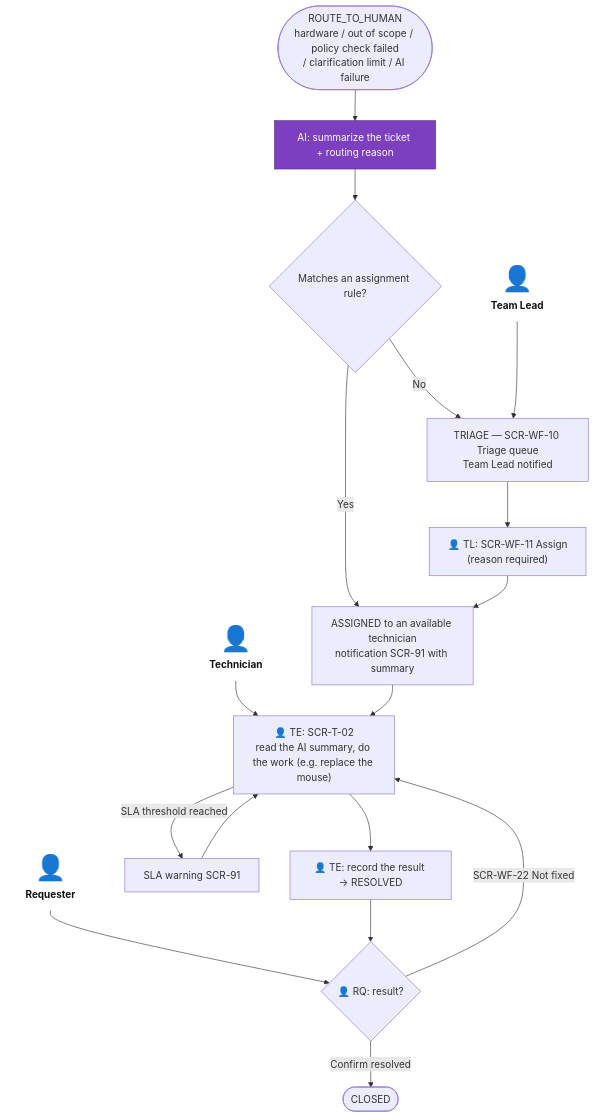
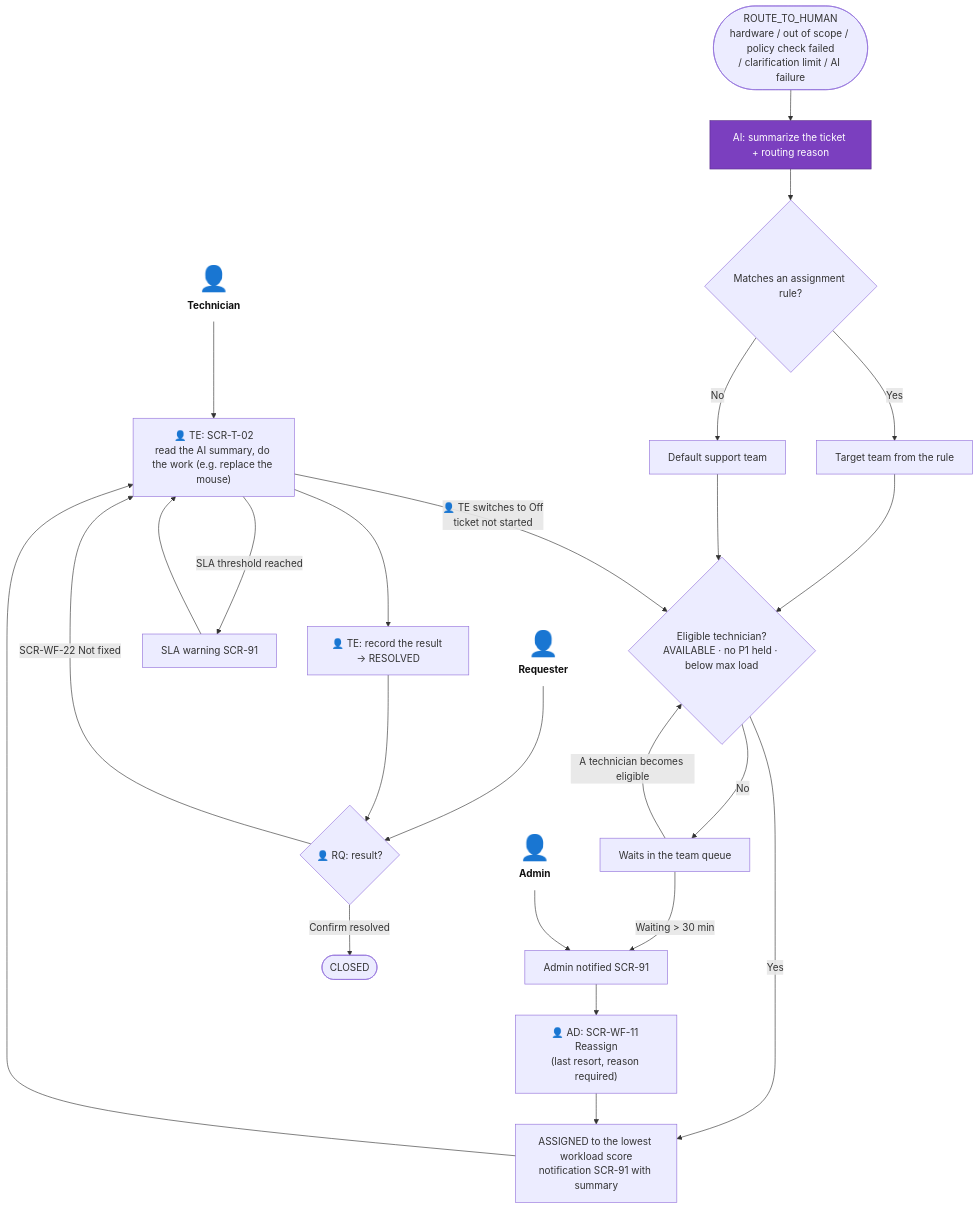
The third of 6 diagrams in docs/f05-workflow-automation/information-architecture/05-user-flows.md (Akaza-ban/Fable), drawn with Mermaid before and after one commit. The commit also changed other lines of this file and 14 other files, not shown here.

Commit message:
docs(F05): remove Team Lead, assign by availability and workload score

````diff
--- a/docs/f05-workflow-automation/information-architecture/05-user-flows.md
+++ b/docs/f05-workflow-automation/information-architecture/05-user-flows.md
@@ -73,25 +73,32 @@
 ```mermaid
 flowchart TD
     actTech["<span style='font-size:40px'>👤</span><br/><b>Technician</b>"]:::actor
-    actLead["<span style='font-size:40px'>👤</span><br/><b>Team Lead</b>"]:::actor
+    actAdmin["<span style='font-size:40px'>👤</span><br/><b>Admin</b>"]:::actor
     actReq["<span style='font-size:40px'>👤</span><br/><b>Requester</b>"]:::actor
     start(["ROUTE_TO_HUMAN<br/>hardware / out of scope / policy check failed<br/>/ clarification limit / AI failure"]) --> summary["AI: summarize the ticket + routing reason"]:::ai
     summary --> rules{"Matches an assignment rule?"}
-    rules -->|"Yes"| assign["ASSIGNED to an available technician<br/>notification SCR-91 with summary"]
-    rules -->|"No"| triage["TRIAGE — SCR-WF-10 Triage queue<br/>Team Lead notified"]
-    actLead --> triage
-    triage --> reassign["👤 TL: SCR-WF-11 Assign<br/>(reason required)"]
-    reassign --> assign
+    rules -->|"Yes"| team["Target team from the rule"]
+    rules -->|"No"| deflt["Default support team"]
+    team --> select
+    deflt --> select{"Eligible technician?<br/>AVAILABLE · no P1 held · below max load"}
+    select -->|"Yes"| assign["ASSIGNED to the lowest workload score<br/>notification SCR-91 with summary"]
+    select -->|"No"| queue["Waits in the team queue"]
+    queue -->|"A technician becomes eligible"| select
+    queue -->|"Waiting > 30 min"| alert["Admin notified SCR-91"]
+    actAdmin --> alert
+    alert --> manual["👤 AD: SCR-WF-11 Reassign<br/>(last resort, reason required)"]
+    manual --> assign
     actTech --> work
     assign --> work["👤 TE: SCR-T-02<br/>read the AI summary, do the work (e.g. replace the mouse)"]
     work -->|"SLA threshold reached"| warn["SLA warning SCR-91"]
     warn --> work
+    work -->|"👤 TE switches to Off<br/>ticket not started"| select
     work --> done["👤 TE: record the result → RESOLVED"]
     actReq --> confirm
     done --> confirm{"👤 RQ: result?"}
     confirm -->|"Confirm resolved"| closed(["CLOSED"])
     confirm -->|"SCR-WF-22 Not fixed"| work
 
     classDef actor fill:none,stroke:none,color:#111
     classDef ai fill:#7b3fbf,color:#fff,stroke:#5a2d8c
 ```
````
